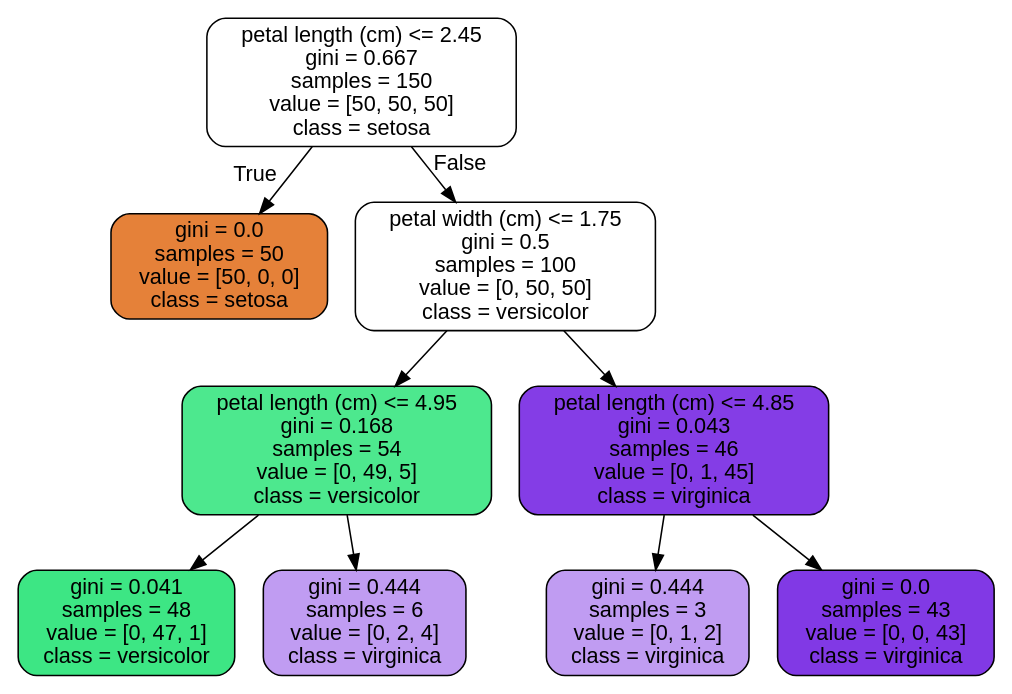
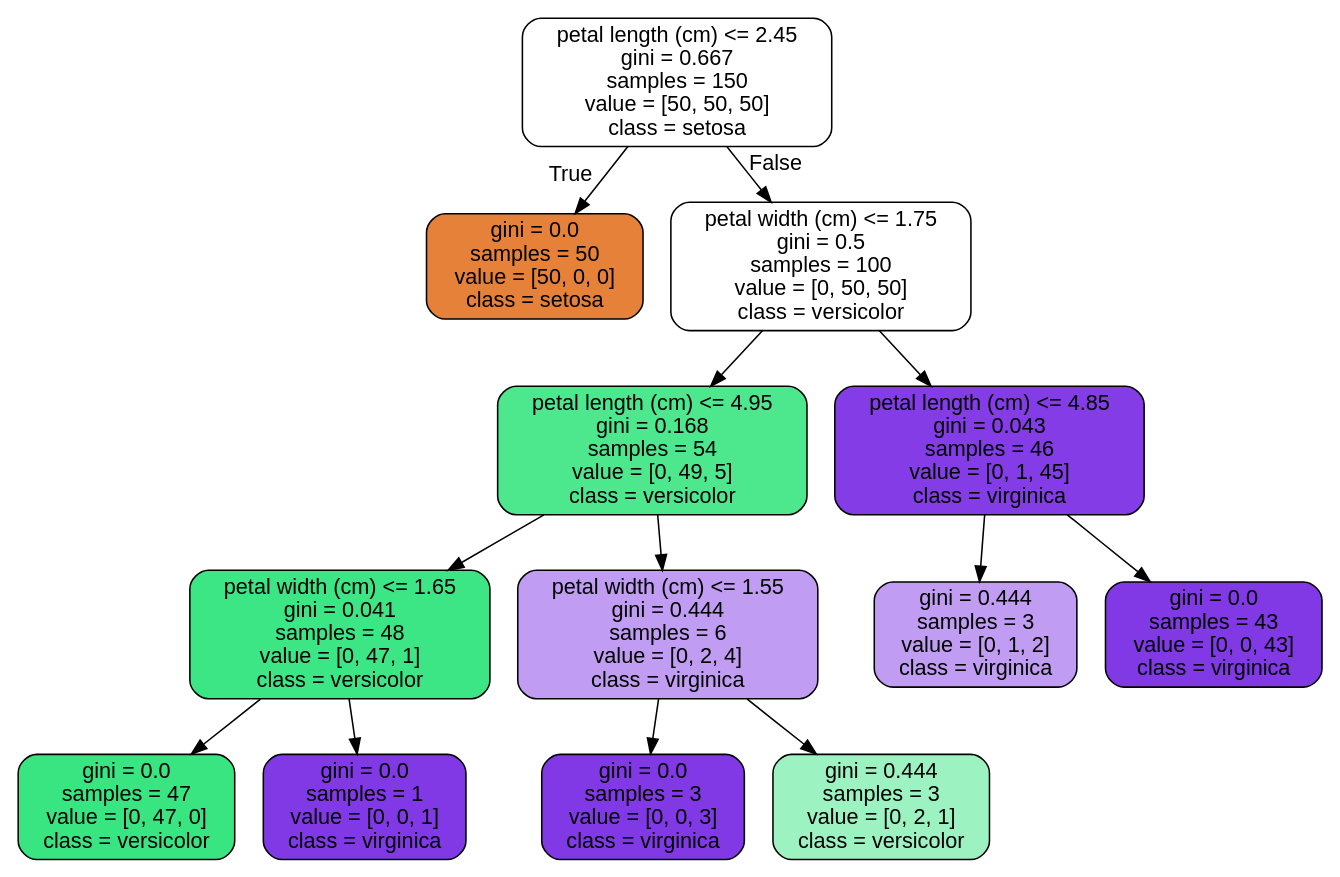
Before and after one commit to yt-one/ml-teach: the diagram in images/decision_tree/iris_tree.dot, drawn with Graphviz. The commit also changed 5 other files, not shown here.

```diff
--- a/images/decision_tree/iris_tree.dot
+++ b/images/decision_tree/iris_tree.dot
@@ -1,21 +1,29 @@
 digraph Tree {
 node [shape=box, style="filled, rounded", color="black", fontname="helvetica"] ;
 edge [fontname="helvetica"] ;
 0 [label="petal length (cm) <= 2.45\ngini = 0.667\nsamples = 150\nvalue = [50, 50, 50]\nclass = setosa", fillcolor="#ffffff"] ;
 1 [label="gini = 0.0\nsamples = 50\nvalue = [50, 0, 0]\nclass = setosa", fillcolor="#e58139"] ;
 0 -> 1 [labeldistance=2.5, labelangle=45, headlabel="True"] ;
 2 [label="petal width (cm) <= 1.75\ngini = 0.5\nsamples = 100\nvalue = [0, 50, 50]\nclass = versicolor", fillcolor="#ffffff"] ;
 0 -> 2 [labeldistance=2.5, labelangle=-45, headlabel="False"] ;
 3 [label="petal length (cm) <= 4.95\ngini = 0.168\nsamples = 54\nvalue = [0, 49, 5]\nclass = versicolor", fillcolor="#4de88e"] ;
 2 -> 3 ;
-4 [label="gini = 0.041\nsamples = 48\nvalue = [0, 47, 1]\nclass = versicolor", fillcolor="#3de684"] ;
+4 [label="petal width (cm) <= 1.65\ngini = 0.041\nsamples = 48\nvalue = [0, 47, 1]\nclass = versicolor", fillcolor="#3de684"] ;
 3 -> 4 ;
-5 [label="gini = 0.444\nsamples = 6\nvalue = [0, 2, 4]\nclass = virginica", fillcolor="#c09cf2"] ;
-3 -> 5 ;
-6 [label="petal length (cm) <= 4.85\ngini = 0.043\nsamples = 46\nvalue = [0, 1, 45]\nclass = virginica", fillcolor="#843de6"] ;
-2 -> 6 ;
-7 [label="gini = 0.444\nsamples = 3\nvalue = [0, 1, 2]\nclass = virginica", fillcolor="#c09cf2"] ;
-6 -> 7 ;
-8 [label="gini = 0.0\nsamples = 43\nvalue = [0, 0, 43]\nclass = virginica", fillcolor="#8139e5"] ;
-6 -> 8 ;
+5 [label="gini = 0.0\nsamples = 47\nvalue = [0, 47, 0]\nclass = versicolor", fillcolor="#39e581"] ;
+4 -> 5 ;
+6 [label="gini = 0.0\nsamples = 1\nvalue = [0, 0, 1]\nclass = virginica", fillcolor="#8139e5"] ;
+4 -> 6 ;
+7 [label="petal width (cm) <= 1.55\ngini = 0.444\nsamples = 6\nvalue = [0, 2, 4]\nclass = virginica", fillcolor="#c09cf2"] ;
+3 -> 7 ;
+8 [label="gini = 0.0\nsamples = 3\nvalue = [0, 0, 3]\nclass = virginica", fillcolor="#8139e5"] ;
+7 -> 8 ;
+9 [label="gini = 0.444\nsamples = 3\nvalue = [0, 2, 1]\nclass = versicolor", fillcolor="#9cf2c0"] ;
+7 -> 9 ;
+10 [label="petal length (cm) <= 4.85\ngini = 0.043\nsamples = 46\nvalue = [0, 1, 45]\nclass = virginica", fillcolor="#843de6"] ;
+2 -> 10 ;
+11 [label="gini = 0.444\nsamples = 3\nvalue = [0, 1, 2]\nclass = virginica", fillcolor="#c09cf2"] ;
+10 -> 11 ;
+12 [label="gini = 0.0\nsamples = 43\nvalue = [0, 0, 43]\nclass = virginica", fillcolor="#8139e5"] ;
+10 -> 12 ;
 }
```
